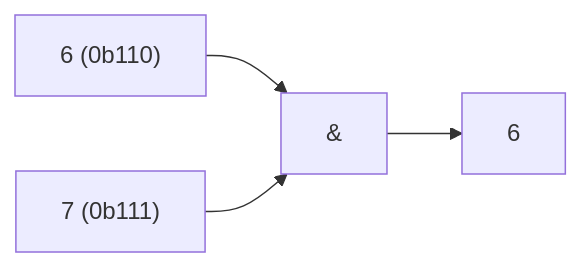
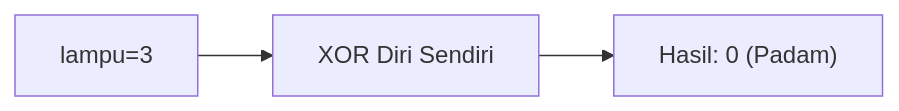
One commit to amnahwaida/OSNK_INF_PREP changed the eighth of 25 diagrams in part-c-pemahaman-cpp/06-bitwise/latihan/set-02.md. Above: the diagram before and after it, drawn with Mermaid. The commit also changed other lines of this file and 71 other files, not shown here.

````diff
--- a/part-c-pemahaman-cpp/06-bitwise/latihan/set-02.md
+++ b/part-c-pemahaman-cpp/06-bitwise/latihan/set-02.md
@@ -208,6 +211,5 @@
 ```mermaid
 graph LR
-A["6 (0b110)"] --> C["&"]
-B["7 (0b111)"] --> C
-C --> D["6"]
+A["lampu=3"] --> B["XOR Diri Sendiri"]
+B --> C["Hasil: 0 (Padam)"]
 ```
````
